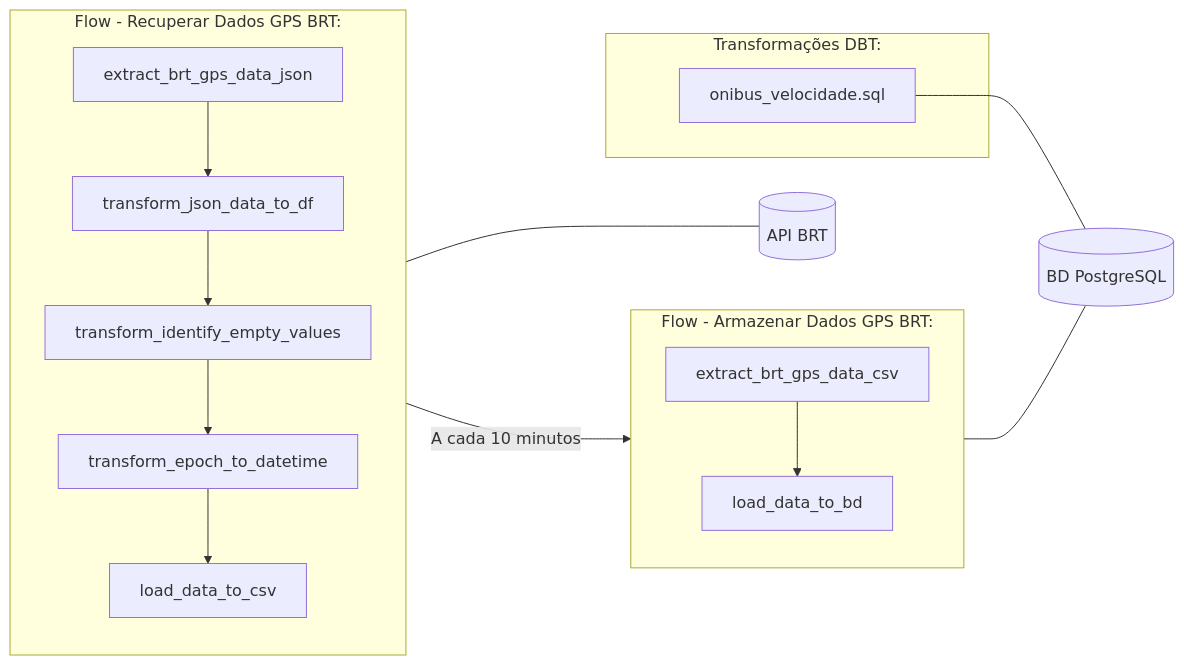
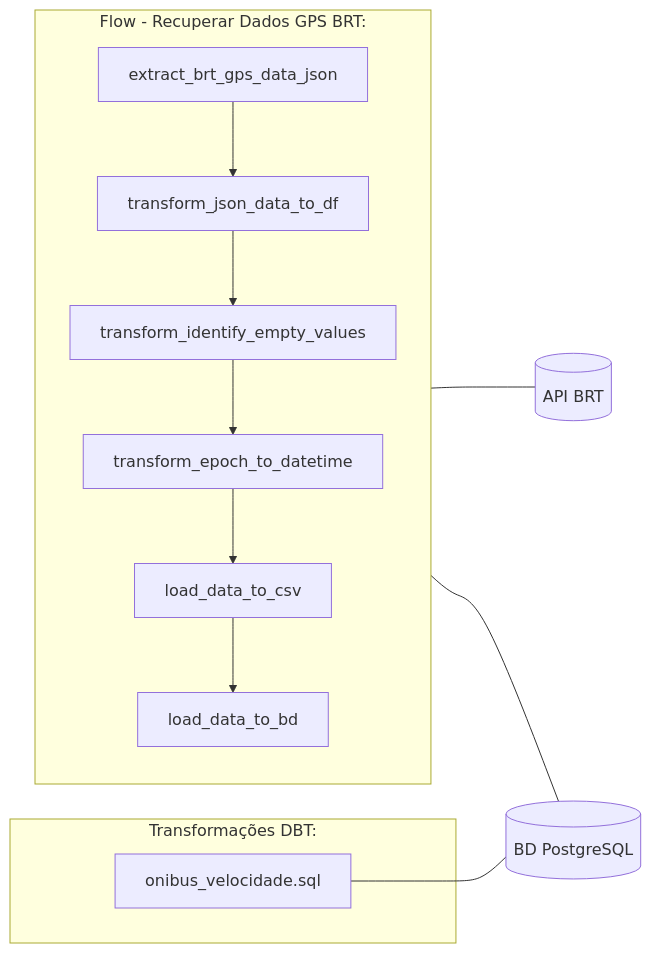
The diagram in README.md (TanookiVerde/emd-desafio-data-eng), drawn with Mermaid before and after one commit. The commit also changed other lines of this file, not shown here.

Commit message:
Atualizando Documentação

````diff
--- a/README.md
+++ b/README.md
@@ -14,33 +14,25 @@
 ```mermaid
 flowchart LR
     api[(API BRT)]
     db[(BD PostgreSQL)]
 
     subgraph Flow - Recuperar Dados GPS BRT:
         id1[extract_brt_gps_data_json]
         id2[transform_json_data_to_df]
         id3[transform_identify_empty_values]
         id4[transform_epoch_to_datetime]
         id5[load_data_to_csv]
-
-        direction TB
-        id1-->id2-->id3-->id4-->id5
-    end
-
-    subgraph Flow - Armazenar Dados GPS BRT:
-        id6[extract_brt_gps_data_csv]
         id7[load_data_to_bd]
 
         direction TB
-        id6-->id7
+        id1-->id2-->id3-->id4-->id5-->id7
     end
 
     subgraph Transformações DBT:
         id8[onibus_velocidade.sql]
     end
 
     id1---api
     id7---db
     id8---db
-    id5--A cada 10 minutos-->id6
 ```
````
